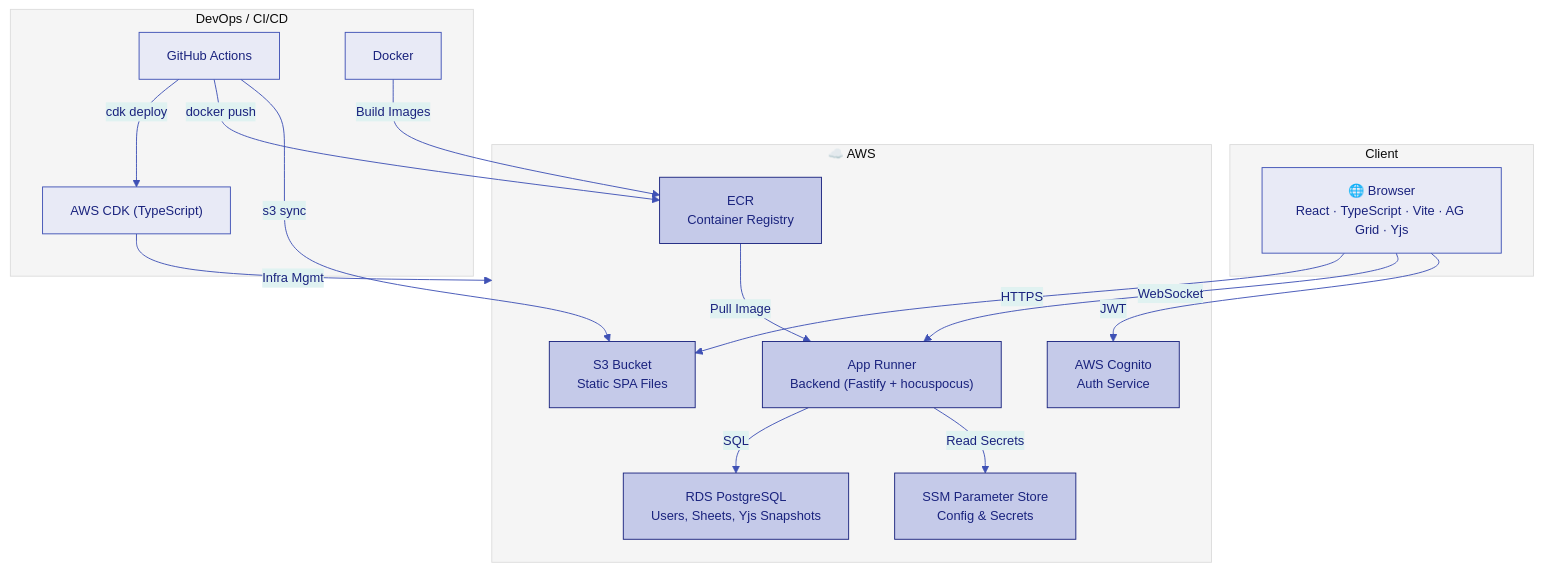
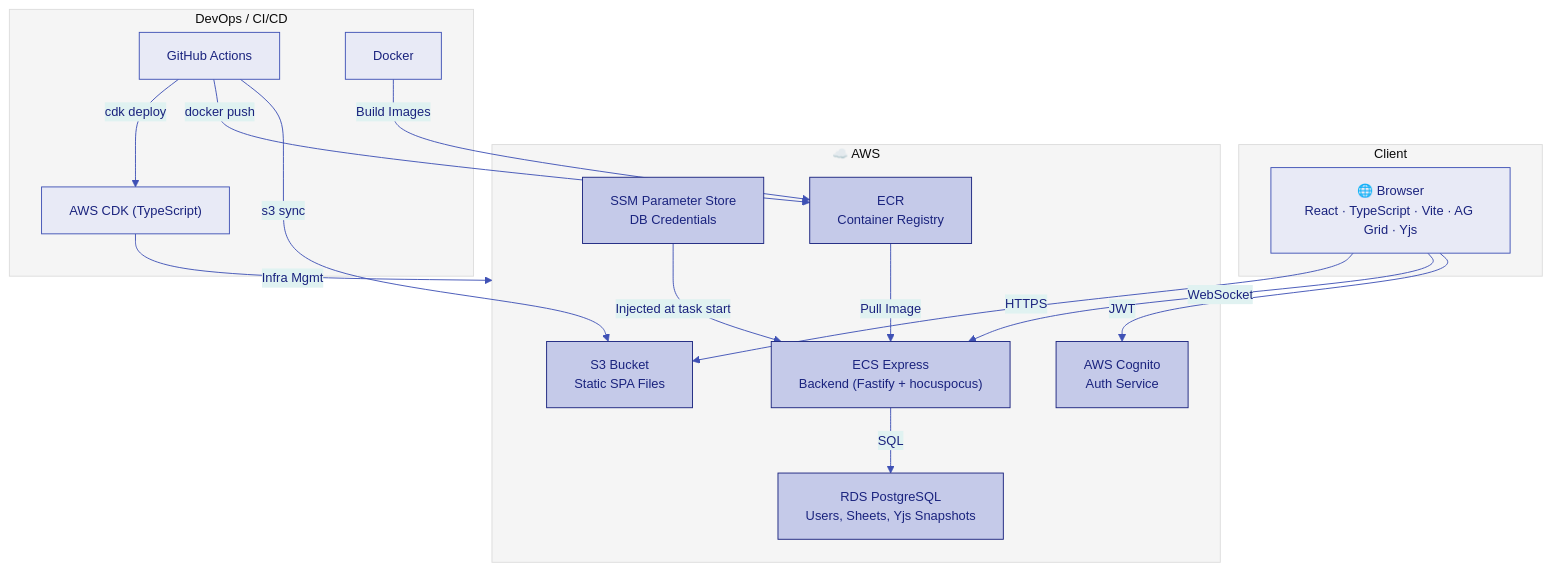
Before and after one commit to Jobonabas/CloudSheets: the first of 3 diagrams in docs/architecture.md, drawn with Mermaid. The commit also changed other lines of this file and 2 other files, not shown here.

Commit message:
docs(infra): record the ssm parameter store credential flow #20

````diff
--- a/docs/architecture.md
+++ b/docs/architecture.md
@@ -9,53 +9,53 @@
 ```mermaid
 %%{init: {'theme': 'base', 'themeVariables': {
   'primaryColor': '#E8EAF6',
   'primaryBorderColor': '#3F51B5',
   'primaryTextColor': '#1A237E',
   'secondaryColor': '#E0F2F1',
   'secondaryBorderColor': '#009688',
   'secondaryTextColor': '#00695C',
   'tertiaryColor': '#F5F5F5',
   'lineColor': '#3F51B5',
   'textColor': '#1A237E',
   'fontSize': '14px'
 }}}%%
 graph TB
     subgraph Client
         Browser["🌐 Browser\nReact · TypeScript · Vite · AG Grid · Yjs"]
     end
 
     subgraph AWS ["☁️ AWS"]
         S3["S3 Bucket\nStatic SPA Files"]
-        AR["App Runner\nBackend (Fastify + hocuspocus)"]
+        AR["ECS Express\nBackend (Fastify + hocuspocus)"]
         RDS["RDS PostgreSQL\nUsers, Sheets, Yjs Snapshots"]
         Cognito["AWS Cognito\nAuth Service"]
-        SSM["SSM Parameter Store\nConfig & Secrets"]
+        SSM["SSM Parameter Store\nDB Credentials"]
         ECR["ECR\nContainer Registry"]
     end
 
     subgraph DevOps ["DevOps / CI/CD"]
         GH["GitHub Actions"]
         CDK["AWS CDK (TypeScript)"]
         Docker["Docker"]
     end
 
     Browser -->|"HTTPS"| S3
     Browser -->|"WebSocket"| AR
     Browser -->|"JWT"| Cognito
     AR -->|"SQL"| RDS
-    AR -->|"Read Secrets"| SSM
+    SSM -->|"Injected at task start"| AR
     GH -->|"cdk deploy"| CDK
     GH -->|"docker push"| ECR
     ECR -->|"Pull Image"| AR
     GH -->|"s3 sync"| S3
     CDK -->|"Infra Mgmt"| AWS
     Docker -->|"Build Images"| ECR
 
     classDef indigo fill:#E8EAF6,stroke:#3F51B5,color:#1A237E
     classDef teal fill:#E0F2F1,stroke:#009688,color:#00695C
     classDef indigoDark fill:#C5CAE9,stroke:#1A237E,color:#1A237E
     classDef tealDark fill:#B2DFDB,stroke:#00695C,color:#00695C
     class Browser indigo
     class S3,AR,RDS,Cognito,SSM,ECR indigoDark
     class GH,CDK,Docker indigo
 ```
````
